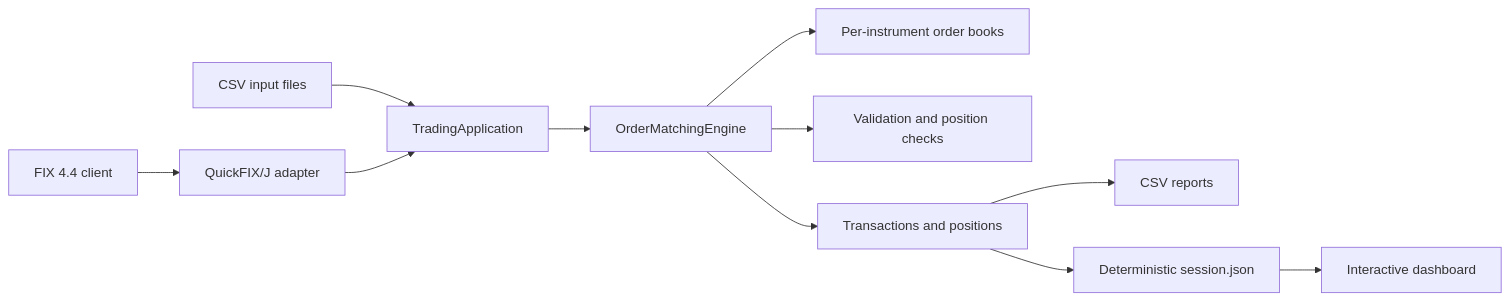
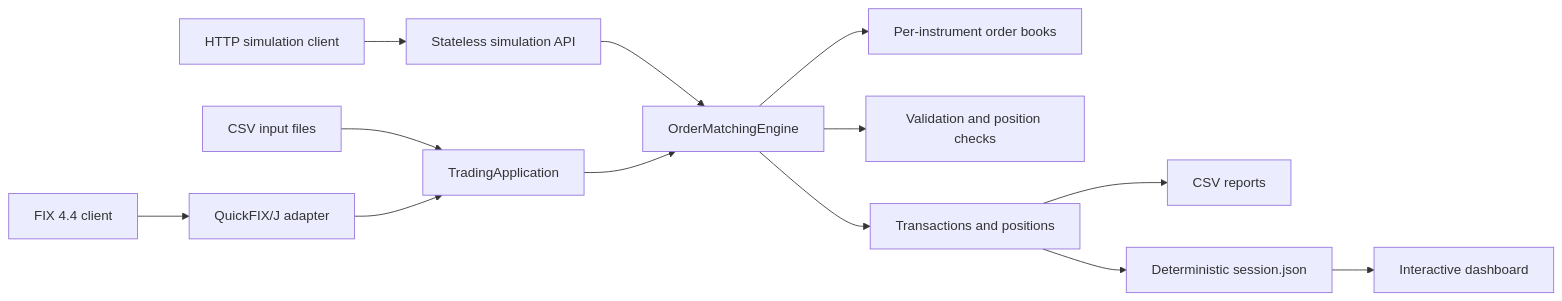
One commit to Alaneel/limitforge-matching-engine changed the first of 3 diagrams in docs/ARCHITECTURE.md. Above: the diagram before and after it, drawn with Mermaid. The commit also changed other lines of this file and 10 other files, not shown here.

Commit message:
Add stateless simulation API

````diff
--- a/docs/ARCHITECTURE.md
+++ b/docs/ARCHITECTURE.md
@@ -10,13 +10,15 @@
 ```mermaid
 flowchart LR
     CSV["CSV input files"] --> APP["TradingApplication"]
     FIX["FIX 4.4 client"] --> ADAPTER["QuickFIX/J adapter"]
+    HTTP["HTTP simulation client"] --> API["Stateless simulation API"]
     ADAPTER --> APP
+    API --> ENGINE
     APP --> ENGINE["OrderMatchingEngine"]
     ENGINE --> BOOKS["Per-instrument order books"]
     ENGINE --> RISK["Validation and position checks"]
     ENGINE --> TRADES["Transactions and positions"]
     TRADES --> REPORTS["CSV reports"]
     TRADES --> SNAPSHOT["Deterministic session.json"]
     SNAPSHOT --> UI["Interactive dashboard"]
 ```
````
